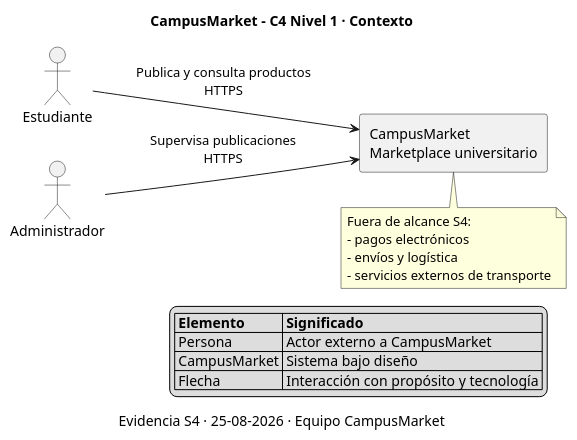
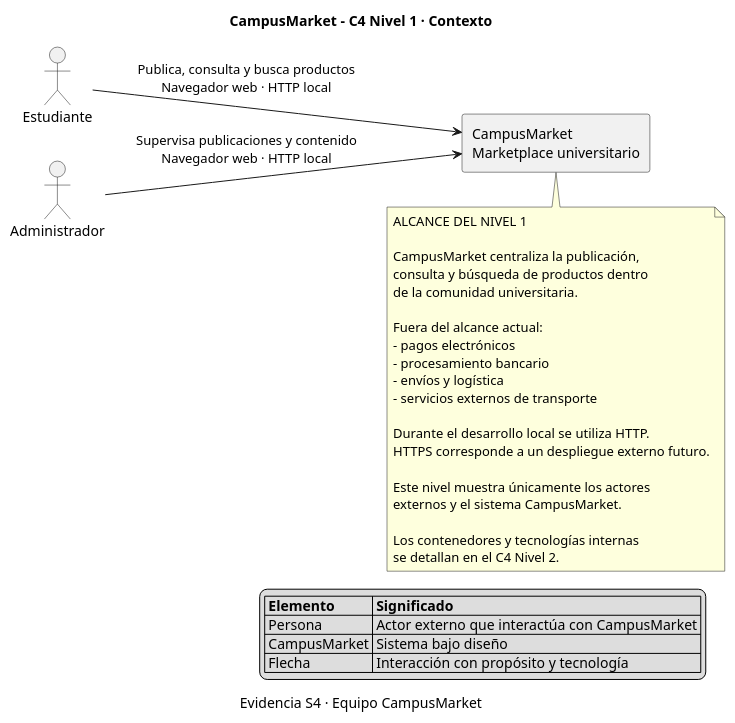
One commit to ISCOUTB/AS_202620_PROYECTO_CAMPUSMARKET changed the diagram in docs/c4/01-contexto.puml. Above: the diagram before and after it, drawn with PlantUML.

Commit message:
Corregir C4 Nivel 1 de CampusMarket

```diff
--- a/docs/c4/01-contexto.puml
+++ b/docs/c4/01-contexto.puml
@@ -1,29 +1,48 @@
 @startuml
+
 title CampusMarket - C4 Nivel 1 · Contexto
-caption Evidencia S4 · 25-08-2026 · Equipo CampusMarket
+caption Evidencia S4 · Equipo CampusMarket
 
 left to right direction
 skinparam shadowing false
+skinparam actorStyle stickman
 
 actor "Estudiante" as estudiante
-actor "Administrador" as admin
+actor "Administrador" as administrador
 
-rectangle "CampusMarket\nMarketplace universitario" as campus
+rectangle "CampusMarket\nMarketplace universitario" as campusmarket
 
-estudiante --> campus : Publica y consulta productos\nHTTPS
-admin --> campus : Supervisa publicaciones\nHTTPS
+estudiante --> campusmarket : Publica, consulta y busca productos\nNavegador web · HTTP local
+administrador --> campusmarket : Supervisa publicaciones y contenido\nNavegador web · HTTP local
 
 legend right
 |= Elemento |= Significado |
-| Persona | Actor externo a CampusMarket |
+| Persona | Actor externo que interactúa con CampusMarket |
 | CampusMarket | Sistema bajo diseño |
 | Flecha | Interacción con propósito y tecnología |
 endlegend
 
-note bottom of campus
-Fuera de alcance S4:
+note bottom of campusmarket
+ALCANCE DEL NIVEL 1
+
+CampusMarket centraliza la publicación,
+consulta y búsqueda de productos dentro
+de la comunidad universitaria.
+
+Fuera del alcance actual:
 - pagos electrónicos
+- procesamiento bancario
 - envíos y logística
 - servicios externos de transporte
+
+Durante el desarrollo local se utiliza HTTP.
+HTTPS corresponde a un despliegue externo futuro.
+
+Este nivel muestra únicamente los actores
+externos y el sistema CampusMarket.
+
+Los contenedores y tecnologías internas
+se detallan en el C4 Nivel 2.
 end note
+
 @enduml
```
